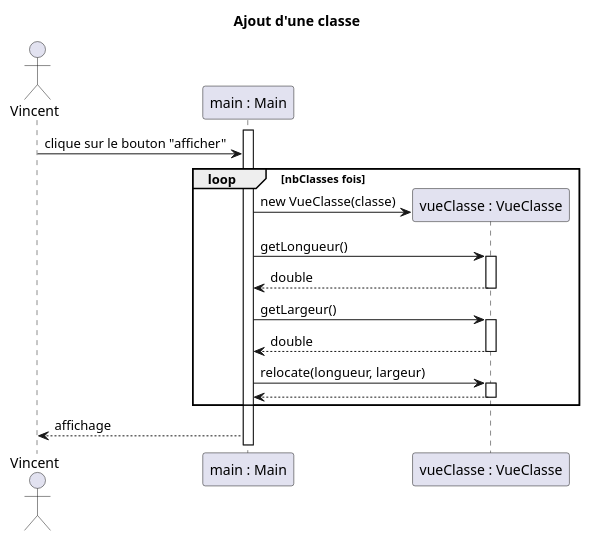
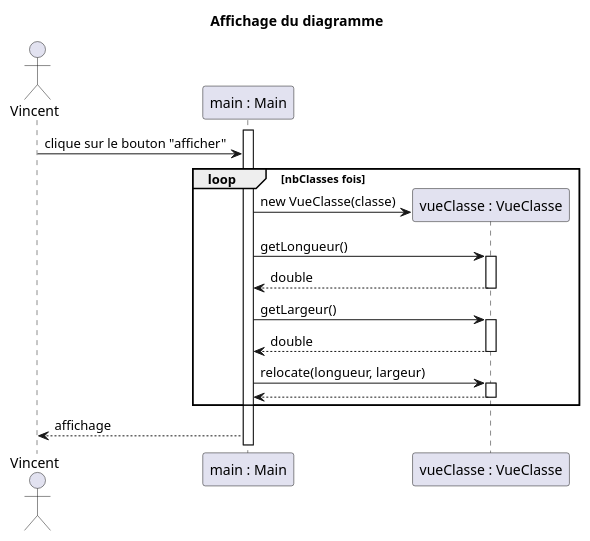
The diagram in documents/iteration2/diagramme_sequence_affichageDiagramme.puml (remi-choffat/S3-01), drawn with PlantUML before and after one commit. The commit also changed 5 other files, not shown here.

```diff
--- a/documents/iteration2/diagramme_sequence_affichageDiagramme.puml
+++ b/documents/iteration2/diagramme_sequence_affichageDiagramme.puml
@@ -1,30 +1,30 @@
 @startuml
-title Ajout d'une classe
+title Affichage du diagramme
 
 actor "Vincent" as Utilisateur
 participant "main : Main" as Main
 participant "vueClasse : VueClasse" as VueClasse
 
 activate Main
 Utilisateur -> Main : clique sur le bouton "afficher"
 loop nbClasses fois
     create VueClasse
     Main -> VueClasse : new VueClasse(classe)
     Main -> VueClasse : getLongueur()
     activate VueClasse
     VueClasse --> Main : double
     deactivate VueClasse
 
     Main -> VueClasse : getLargeur()
     activate VueClasse
     VueClasse --> Main : double
     deactivate VueClasse
 
     Main -> VueClasse : relocate(longueur, largeur)
     activate VueClasse
     VueClasse --> Main :
     deactivate VueClasse
 end
 Main --> Utilisateur : affichage
 
 @enduml
```
